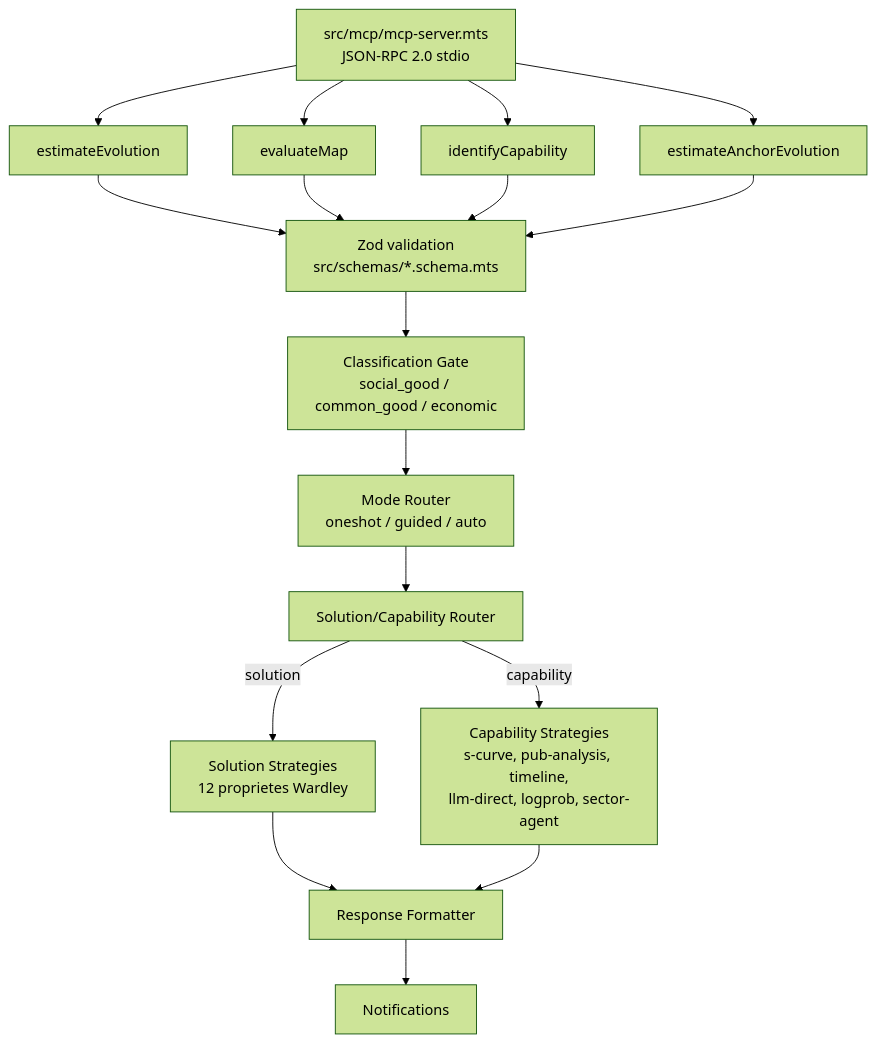
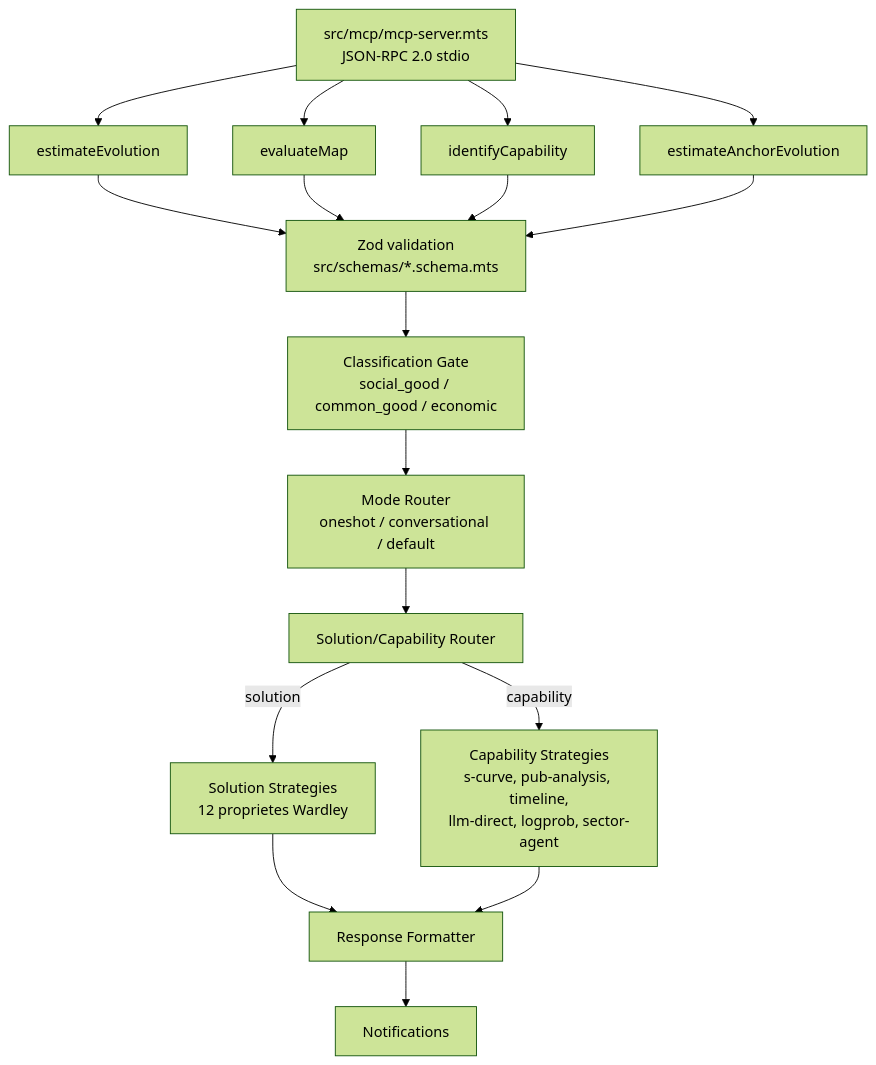
One commit to formicoidea/labre-mcp changed the diagram in docs/README.md. Above: the diagram before and after it, drawn with Mermaid (forest theme). The commit also changed 7 other files, not shown here.

First line of the commit message:
docs: align with auto/report routing and conversational mode

````diff
--- a/docs/README.md
+++ b/docs/README.md
@@ -14,19 +14,19 @@
 ```mermaid
 flowchart TD
     MCP["src/mcp/mcp-server.mts\nJSON-RPC 2.0 stdio"]
     MCP --> EE["estimateEvolution"]
     MCP --> EM["evaluateMap"]
     MCP --> IC["identifyCapability"]
     MCP --> AN["estimateAnchorEvolution"]
 
     EE & EM & IC & AN --> Z["Zod validation\nsrc/schemas/*.schema.mts"]
     Z --> CG["Classification Gate\nsocial_good / common_good / economic"]
-    CG --> MR["Mode Router\noneshot / guided / auto"]
+    CG --> MR["Mode Router\noneshot / conversational / default"]
     MR --> SCR["Solution/Capability Router"]
 
     SCR -->|"solution"| SS["Solution Strategies\n12 proprietes Wardley"]
     SCR -->|"capability"| CS["Capability Strategies\ns-curve, pub-analysis, timeline,\nllm-direct, logprob, sector-agent"]
 
     SS & CS --> RF["Response Formatter"]
     RF --> N["Notifications"]
 ```
````
